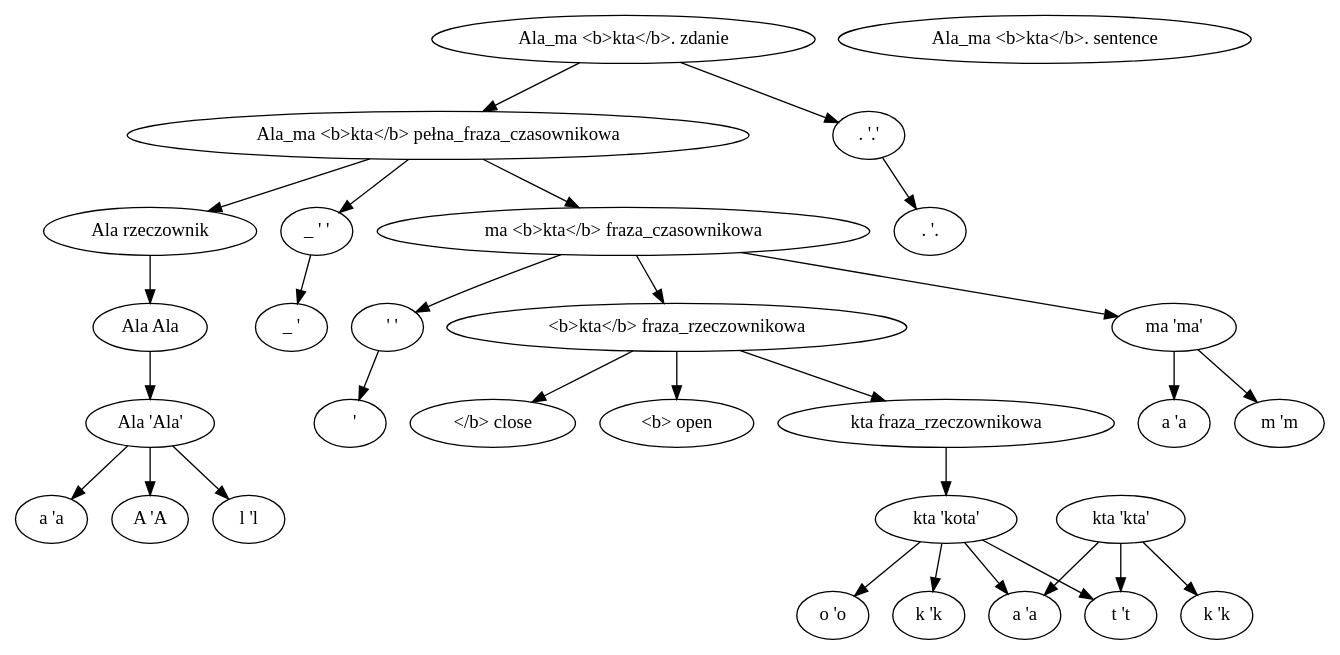
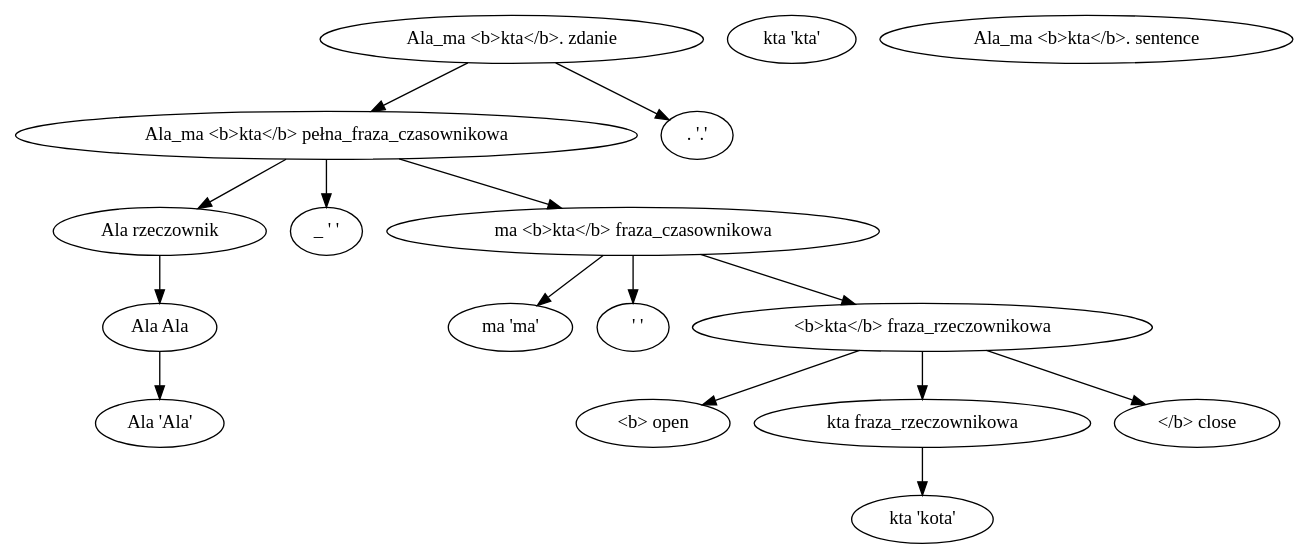
The diagram in formats/gv/m/tree/pl_sample_nocomments.out.dot (manicki/psi-toolkit), drawn with Graphviz before and after one commit. The commit also changed 17 other files, not shown here.

```diff
--- a/formats/gv/m/tree/pl_sample_nocomments.out.dot
+++ b/formats/gv/m/tree/pl_sample_nocomments.out.dot
@@ -1,63 +1,35 @@
 digraph g {
 	node [label="\N"];
 	graph [rankdir=TB];
-	1 [label="A 'A"];
-	2 [label="l 'l"];
-	3 [label="a 'a"];
-	4 [label="Ala 'Ala'"];
-	5 [label="Ala Ala"];
-	6 [label="Ala rzeczownik"];
-	7 [label="_ ' "];
-	8 [label="_ ' '"];
-	9 [label="m 'm"];
-	10 [label="a 'a"];
-	11 [label="ma 'ma'"];
-	12 [label="&nbsp; ' "];
-	13 [label="&nbsp; ' '"];
-	14 [label="<b> open"];
-	15 [label="k 'k"];
-	16 [label="k 'k"];
-	17 [label="o 'o"];
-	18 [label="t 't"];
-	19 [label="a 'a"];
-	20 [label="kta 'kta'"];
-	21 [label="kta 'kota'"];
-	22 [label="kta fraza_rzeczownikowa"];
-	23 [label="</b> close"];
-	24 [label="<b>kta</b> fraza_rzeczownikowa"];
-	25 [label="ma&nbsp;<b>kta</b> fraza_czasownikowa"];
-	26 [label="Ala_ma&nbsp;<b>kta</b> pełna_fraza_czasownikowa"];
-	27 [label=". '."];
-	28 [label=". '.'"];
-	29 [label="Ala_ma&nbsp;<b>kta</b>. sentence"];
-	30 [label="Ala_ma&nbsp;<b>kta</b>. zdanie"];
-	4 -> 1;
-	4 -> 2;
-	4 -> 3;
-	5 -> 4;
-	6 -> 5;
-	8 -> 7;
-	11 -> 9;
-	11 -> 10;
+	1 [label="Ala 'Ala'"];
+	2 [label="Ala Ala"];
+	3 [label="Ala rzeczownik"];
+	4 [label="_ ' '"];
+	5 [label="ma 'ma'"];
+	6 [label="&nbsp; ' '"];
+	7 [label="<b> open"];
+	8 [label="kta 'kta'"];
+	9 [label="kta 'kota'"];
+	10 [label="kta fraza_rzeczownikowa"];
+	11 [label="</b> close"];
+	12 [label="<b>kta</b> fraza_rzeczownikowa"];
+	13 [label="ma&nbsp;<b>kta</b> fraza_czasownikowa"];
+	14 [label="Ala_ma&nbsp;<b>kta</b> pełna_fraza_czasownikowa"];
+	15 [label=". '.'"];
+	16 [label="Ala_ma&nbsp;<b>kta</b>. sentence"];
+	17 [label="Ala_ma&nbsp;<b>kta</b>. zdanie"];
+	2 -> 1;
+	3 -> 2;
+	10 -> 9;
+	12 -> 7;
+	12 -> 10;
+	12 -> 11;
+	13 -> 5;
+	13 -> 6;
 	13 -> 12;
-	20 -> 16;
-	20 -> 18;
-	20 -> 19;
-	21 -> 15;
-	21 -> 17;
-	21 -> 18;
-	21 -> 19;
-	22 -> 21;
-	24 -> 14;
-	24 -> 22;
-	24 -> 23;
-	25 -> 11;
-	25 -> 13;
-	25 -> 24;
-	26 -> 6;
-	26 -> 8;
-	26 -> 25;
-	28 -> 27;
-	30 -> 26;
-	30 -> 28;
+	14 -> 3;
+	14 -> 4;
+	14 -> 13;
+	17 -> 14;
+	17 -> 15;
 }
```
